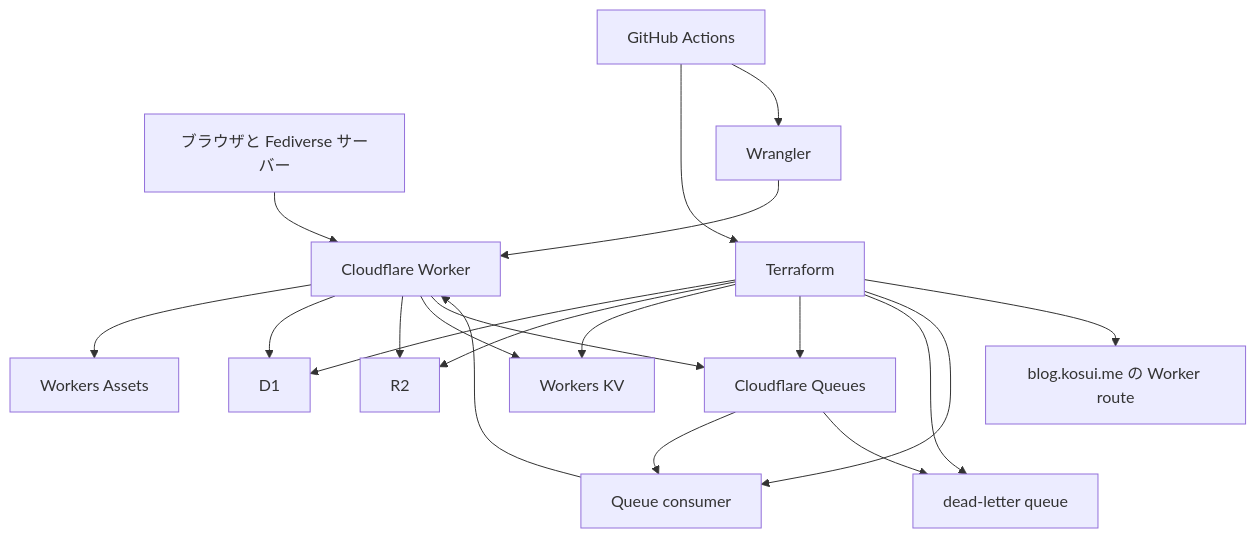
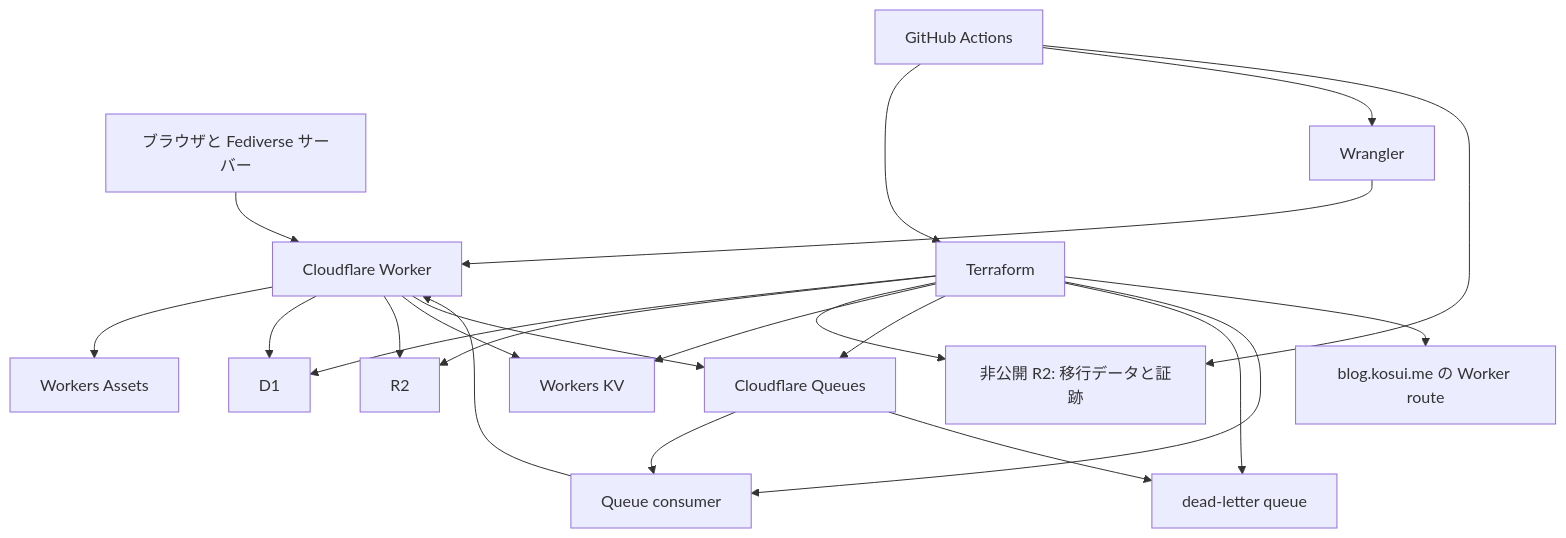
One commit to iwasa-kosui/monorepo changed the diagram in docs/superpowers/specs/2026-08-16-iori-cloudflare-complete-migration-design.md. Above: the diagram before and after it, drawn with Mermaid. The commit also changed other lines of this file and 3 other files, not shown here.

````diff
--- a/docs/superpowers/specs/2026-08-16-iori-cloudflare-complete-migration-design.md
+++ b/docs/superpowers/specs/2026-08-16-iori-cloudflare-complete-migration-design.md
@@ -26,22 +30,24 @@
 ```mermaid
 flowchart TB
     Visitor["ブラウザと Fediverse サーバー"] --> Edge["Cloudflare Worker"]
     Edge --> Assets["Workers Assets"]
     Edge --> AppData["D1"]
     Edge --> Objects["R2"]
     Edge --> FederationState["Workers KV"]
     Edge --> Delivery["Cloudflare Queues"]
     Delivery --> Consumer["Queue consumer"]
     Consumer --> Edge
     Delivery --> Failed["dead-letter queue"]
     Actions["GitHub Actions"] --> Terraform["Terraform"]
     Actions --> Wrangler["Wrangler"]
     Terraform --> AppData
     Terraform --> Objects
+    Terraform --> Transfer["非公開 R2: 移行データと証跡"]
+    Actions --> Transfer
     Terraform --> FederationState
     Terraform --> Delivery
     Terraform --> Failed
     Terraform --> Consumer
     Terraform --> Route["blog.kosui.me の Worker route"]
     Wrangler --> Edge
 ```
````
